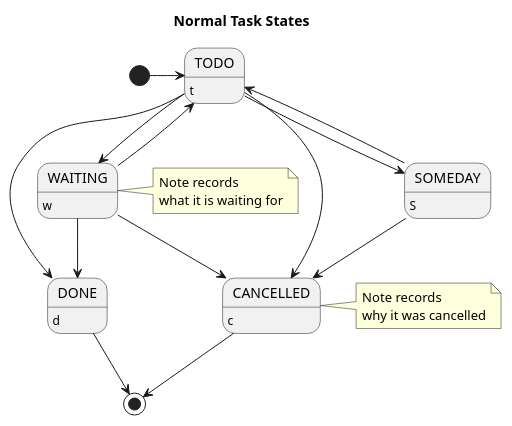
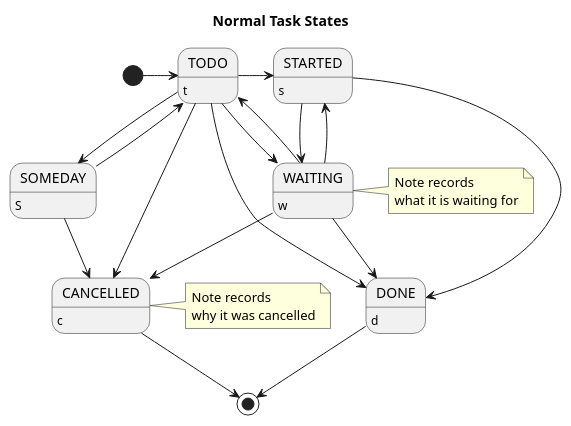
One commit to byronsanchez/org-mode-doc changed the first of 9 diagrams in org-mode.org. Above: the diagram before and after it, drawn with PlantUML. The commit also changed other lines of this file, not shown here.

First line of the commit message:
Resurrect the STARTED keyword

```diff
--- a/org-mode.org
+++ b/org-mode.org
@@ -395,29 +397,34 @@
 #+begin_src plantuml :file normal_task_states.png
 title Normal Task States
 [*] -> TODO
+TODO -> STARTED
 TODO -> DONE
+STARTED -> DONE
 DONE -> [*]
 TODO --> WAITING
+WAITING --> TODO
+STARTED --> WAITING
+WAITING --> STARTED
 SOMEDAY --> CANCELLED
-SOMEDAY --> TODO
-WAITING --> TODO
 WAITING --> CANCELLED
 CANCELLED --> [*]
 TODO --> SOMEDAY
+SOMEDAY --> TODO
 TODO --> CANCELLED
 '[*] --> PHONE
 'PHONE --> [*]
 '[*] --> OPEN
 'OPEN --> CLOSED
 'CLOSED --> [*]
 TODO: t
+STARTED: s
 DONE: d
 WAITING:w
 note right of WAITING: Note records\nwhat it is waiting for
 SOMEDAY:S
 note right of CANCELLED: Note records\nwhy it was cancelled
 CANCELLED:c
 'OPEN:O
 'CLOSED:C
 WAITING --> DONE
 #+end_src
```
